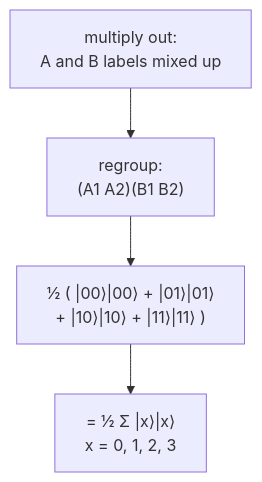
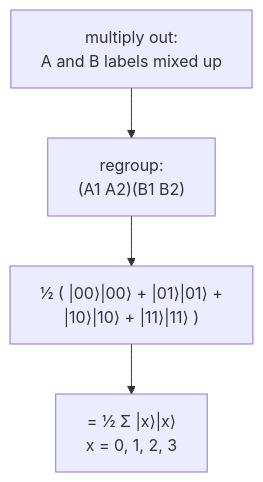
One commit to ArhamAkhtarAlam/mitxpro-my-notes changed the diagram in Course 3/Week 2/Entanglement/Schmidt number.md. Above: the diagram before and after it, drawn with Mermaid. The commit also changed 38 other files, not shown here.

````diff
--- a/Course 3/Week 2/Entanglement/Schmidt number.md
+++ b/Course 3/Week 2/Entanglement/Schmidt number.md
@@ -21,4 +21,4 @@
 ```mermaid
 flowchart TD
-    M["multiply out:<br/>A and B labels mixed up"] --> G["regroup:<br/>(A1 A2)(B1 B2)"] --> R["½ ( |00⟩|00⟩ + |01⟩|01⟩<br/>+ |10⟩|10⟩ + |11⟩|11⟩ )"] --> X["= ½ Σ |x⟩|x⟩<br/>x = 0, 1, 2, 3"]
+    M["multiply out:<br/>A and B labels mixed up"] --> G["regroup:<br/>(A1 A2)(B1 B2)"] --> R["½ ( |00⟩|00⟩ + |01⟩|01⟩ +<br/>|10⟩|10⟩ + |11⟩|11⟩ )"] --> X["= ½ Σ |x⟩|x⟩<br/>x = 0, 1, 2, 3"]
 ```
````
